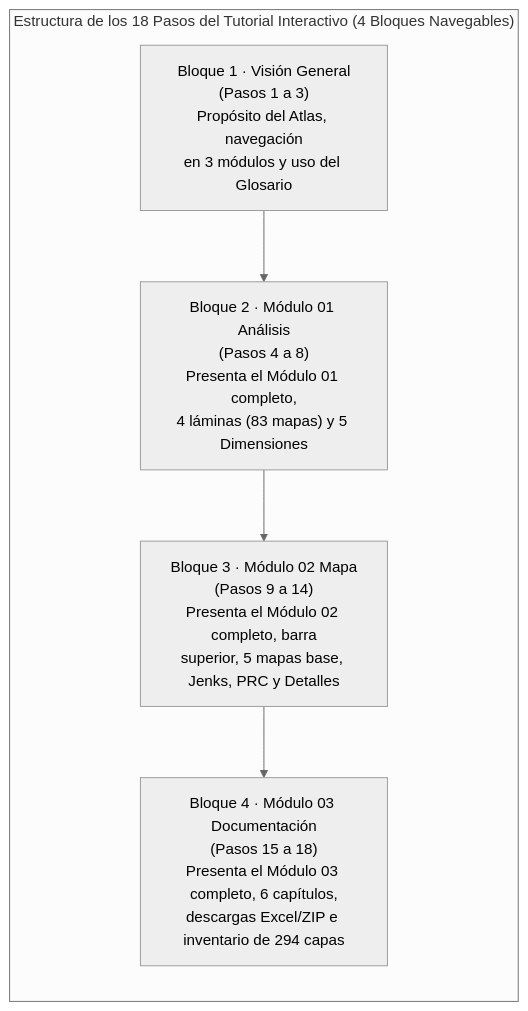
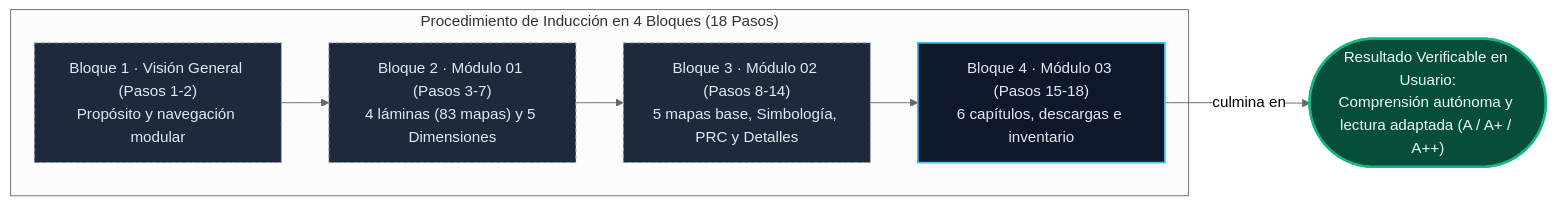
The second of 5 diagrams in src/docs/MANUAL_USO.md (GEOJOTA/atlas-vgi-barrio-brasil), drawn with Mermaid (neutral theme) before and after one commit. The commit also changed other lines of this file and 44 other files, not shown here.

Commit message:
feat(atlas): lectura dinamica A/A+/A++, pausa puntual en Inspector PRC, mapa base en simbologia, capas VGI exhaustivas y flujo procedimiento-entregable (v74)

````diff
--- a/src/docs/MANUAL_USO.md
+++ b/src/docs/MANUAL_USO.md
@@ -53,11 +57,17 @@
 ```mermaid
 flowchart LR
-    subgraph TUT_BLOQUES["Estructura de los 18 Pasos del Tutorial Interactivo (4 Bloques Navegables)"]
-        B_GEN["Bloque 1 · Visión General\n(Pasos 1 a 3)\nPropósito del Atlas, navegación\nen 3 módulos y uso del Glosario"]
-        B_M01["Bloque 2 · Módulo 01 Análisis\n(Pasos 4 a 8)\nPresenta el Módulo 01 completo,\n4 láminas (83 mapas) y 5 Dimensiones"]
-        B_M02["Bloque 3 · Módulo 02 Mapa\n(Pasos 9 a 14)\nPresenta el Módulo 02 completo, barra\nsuperior, 5 mapas base, Jenks, PRC y Detalles"]
-        B_M03["Bloque 4 · Módulo 03 Documentación\n(Pasos 15 a 18)\nPresenta el Módulo 03 completo, 6 capítulos,\ndescargas Excel/ZIP e inventario de 294 capas"]
+    classDef subproc fill:#1e293b,stroke:#94a3b8,stroke-dasharray:4 3,color:#e2e8f0
+    classDef proc fill:#0f172a,stroke:#38bdf8,stroke-width:1.8px,color:#e2e8f0
+    classDef ent fill:#064e3b,stroke:#10b981,stroke-width:2.5px,color:#ecfdf5
+
+    subgraph TUT_BLOQUES["Procedimiento de Inducción en 4 Bloques (18 Pasos)"]
+        B_GEN["Bloque 1 · Visión General (Pasos 1-2)\nPropósito y navegación modular"]:::subproc
+        B_M01["Bloque 2 · Módulo 01 (Pasos 3-7)\n4 láminas (83 mapas) y 5 Dimensiones"]:::subproc
+        B_M02["Bloque 3 · Módulo 02 (Pasos 8-14)\n5 mapas base, Simbología, PRC y Detalles"]:::subproc
+        B_M03["Bloque 4 · Módulo 03 (Pasos 15-18)\n6 capítulos, descargas e inventario"]:::proc
     end
 
-    B_GEN --> B_M01 --> B_M02 --> B_M03
+    ENT_TUT(["Resultado Verificable en Usuario:\nComprensión autónoma y lectura adaptada (A / A+ / A++)"]):::ent
+
+    B_GEN --> B_M01 --> B_M02 --> B_M03 -->|"culmina en"| ENT_TUT
 ```
````
